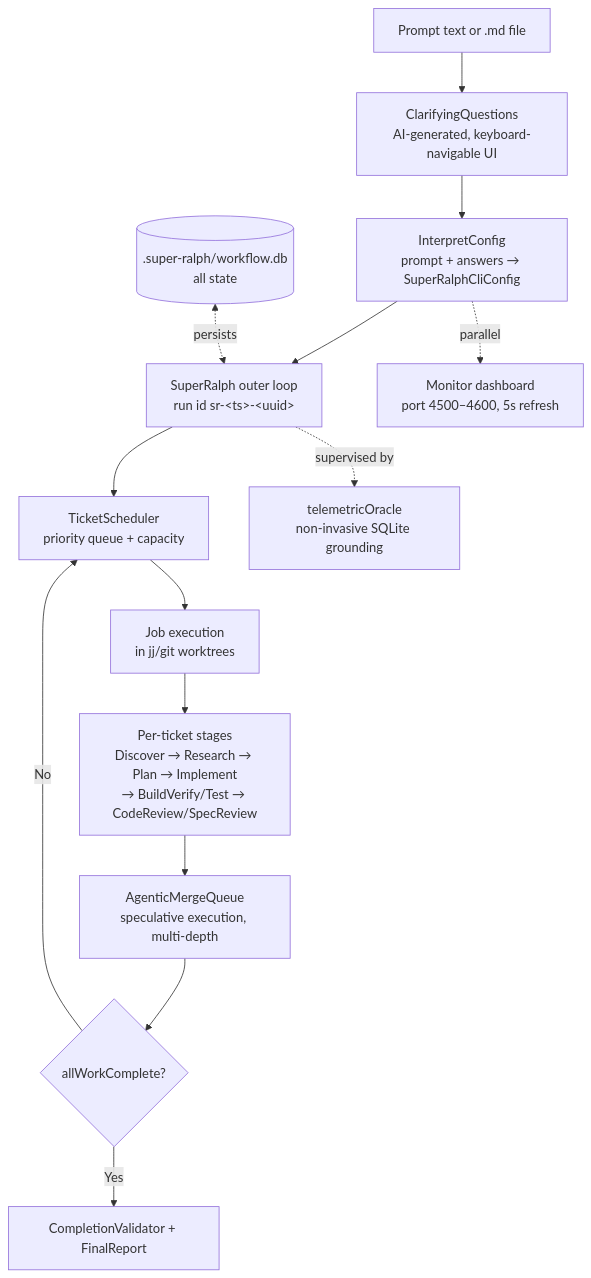
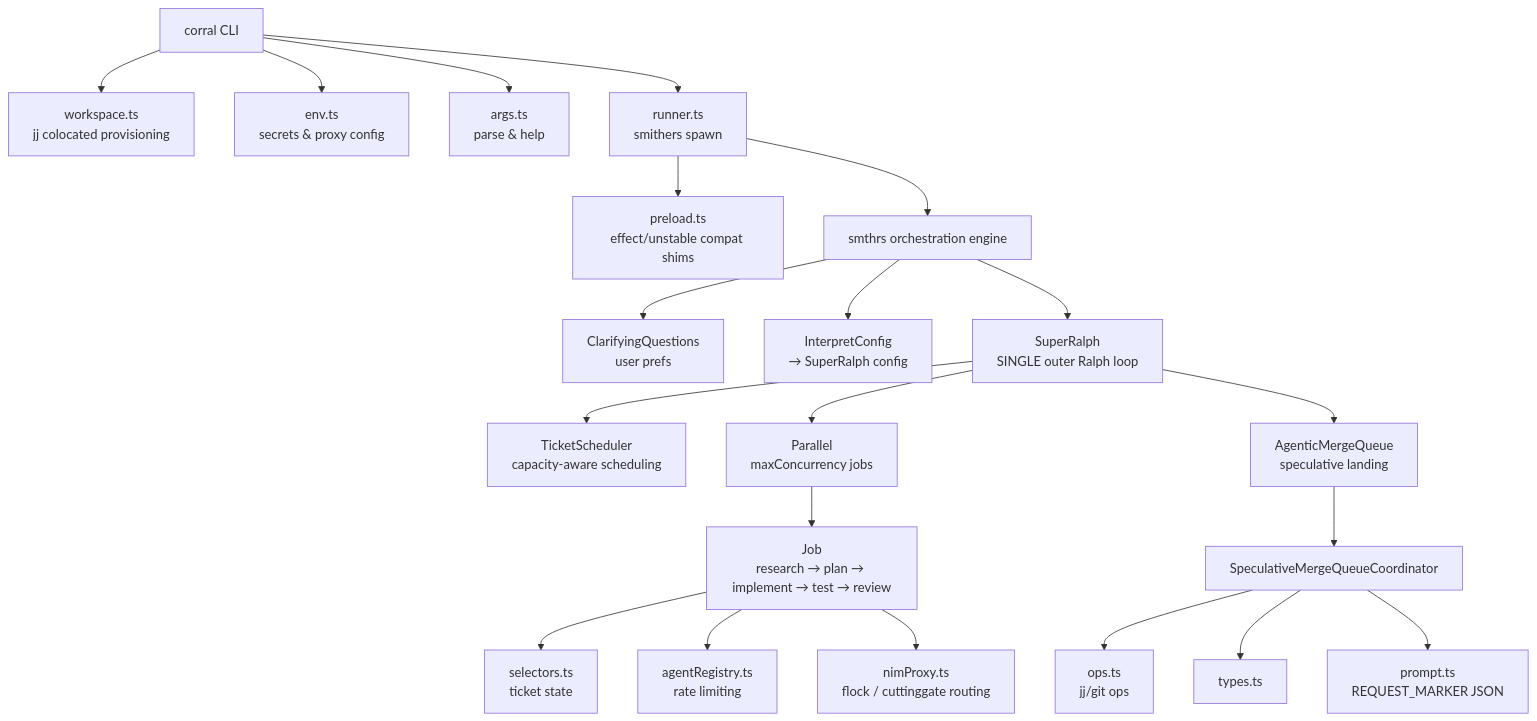
One commit to toxicwind/ranch changed the diagram in corral/README.md. Above: the diagram before and after it, drawn with Mermaid. The commit also changed other lines of this file and 102 other files, not shown here.

Commit message:
feat(corral): consolidate first-class corral multi-agent orchestration, fix test suites and workflow generation

````diff
--- a/corral/README.md
+++ b/corral/README.md
@@ -41,16 +36,29 @@
 ```mermaid
-flowchart TD
-    A[Prompt text or .md file] --> B[ClarifyingQuestions<br/>AI-generated, keyboard-navigable UI]
-    B --> C[InterpretConfig<br/>prompt + answers → SuperRalphCliConfig]
-    C --> D[SuperRalph outer loop<br/>run id sr-&lt;ts&gt;-&lt;uuid&gt;]
-    D --> E[TicketScheduler<br/>priority queue + capacity]
-    E --> F[Job execution<br/>in jj/git worktrees]
-    F --> G[Per-ticket stages<br/>Discover → Research → Plan → Implement<br/>→ BuildVerify/Test → CodeReview/SpecReview]
-    G --> H[AgenticMergeQueue<br/>speculative execution, multi-depth]
-    H --> I{allWorkComplete?}
-    I -- No --> E
-    I -- Yes --> J[CompletionValidator + FinalReport]
-    C -. parallel .-> K[Monitor dashboard<br/>port 4500–4600, 5s refresh]
-    D -. supervised by .-> L[telemetricOracle<br/>non-invasive SQLite grounding]
-    M[(.super-ralph/workflow.db<br/>all state)] <-. persists .-> D
+graph TD
+    CLI[corral CLI] --> WS[workspace.ts<br/>jj colocated provisioning]
+    CLI --> ENV[env.ts<br/>secrets & proxy config]
+    CLI --> ARGS[args.ts<br/>parse & help]
+    CLI --> RUNNER[runner.ts<br/>smithers spawn]
+    
+    RUNNER --> PRELOAD[preload.ts<br/>effect/unstable compat shims]
+    RUNNER --> SMTHRS[smthrs orchestration engine]
+    
+    SMTHRS --> CQ[ClarifyingQuestions<br/>user prefs]
+    SMTHRS --> IC[InterpretConfig<br/>→ SuperRalph config]
+    SMTHRS --> SR[SuperRalph<br/>SINGLE outer Ralph loop]
+    
+    SR --> SCHED[TicketScheduler<br/>capacity-aware scheduling]
+    SR --> PAR[Parallel<br/>maxConcurrency jobs]
+    SR --> MQ[AgenticMergeQueue<br/>speculative landing]
+    
+    PAR --> JOB[Job<br/>research → plan → implement → test → review]
+    MQ --> COORD[SpeculativeMergeQueueCoordinator]
+    
+    COORD --> OPS[ops.ts<br/>jj/git ops]
+    COORD --> TYPES[types.ts]
+    COORD --> PROMPT[prompt.ts<br/>REQUEST_MARKER JSON]
+    
+    JOB --> SELECTORS[selectors.ts<br/>ticket state]
+    JOB --> AGENTREG[agentRegistry.ts<br/>rate limiting]
+    JOB --> NIMPROXY[nimProxy.ts<br/>flock / cuttinggate routing]
 ```
````
